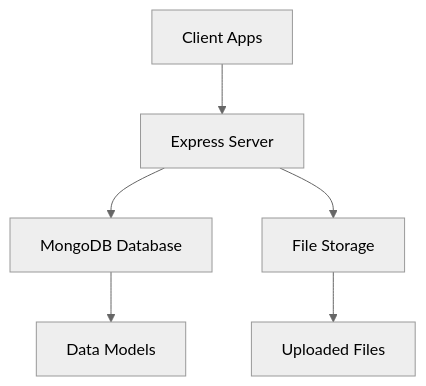
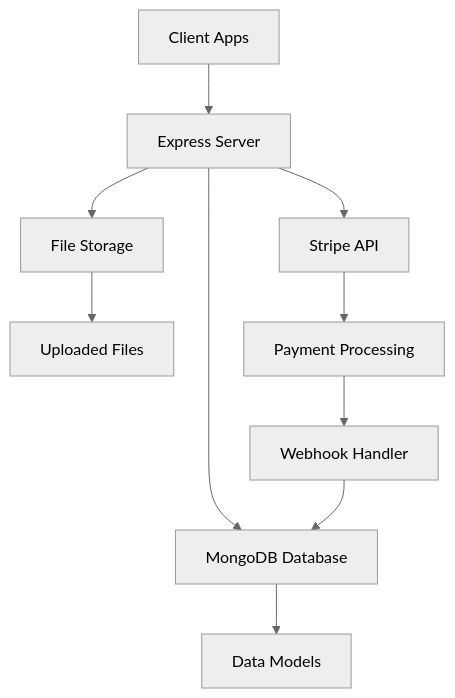
The second of 10 diagrams in README.md (elfeshawy17/ELearning-Project), drawn with Mermaid (neutral theme) before and after one commit. The commit also changed other lines of this file, not shown here.

````diff
--- a/README.md
+++ b/README.md
@@ -111,8 +121,12 @@
 ```mermaid
 graph TD
     A[Client Apps] --> B[Express Server]
     B --> C[MongoDB Database]
     B --> D[File Storage]
-    C --> E[Data Models]
-    D --> F[Uploaded Files]
+    B --> E[Stripe API]
+    C --> F[Data Models]
+    D --> G[Uploaded Files]
+    E --> H[Payment Processing]
+    H --> I[Webhook Handler]
+    I --> C
 ```
````
